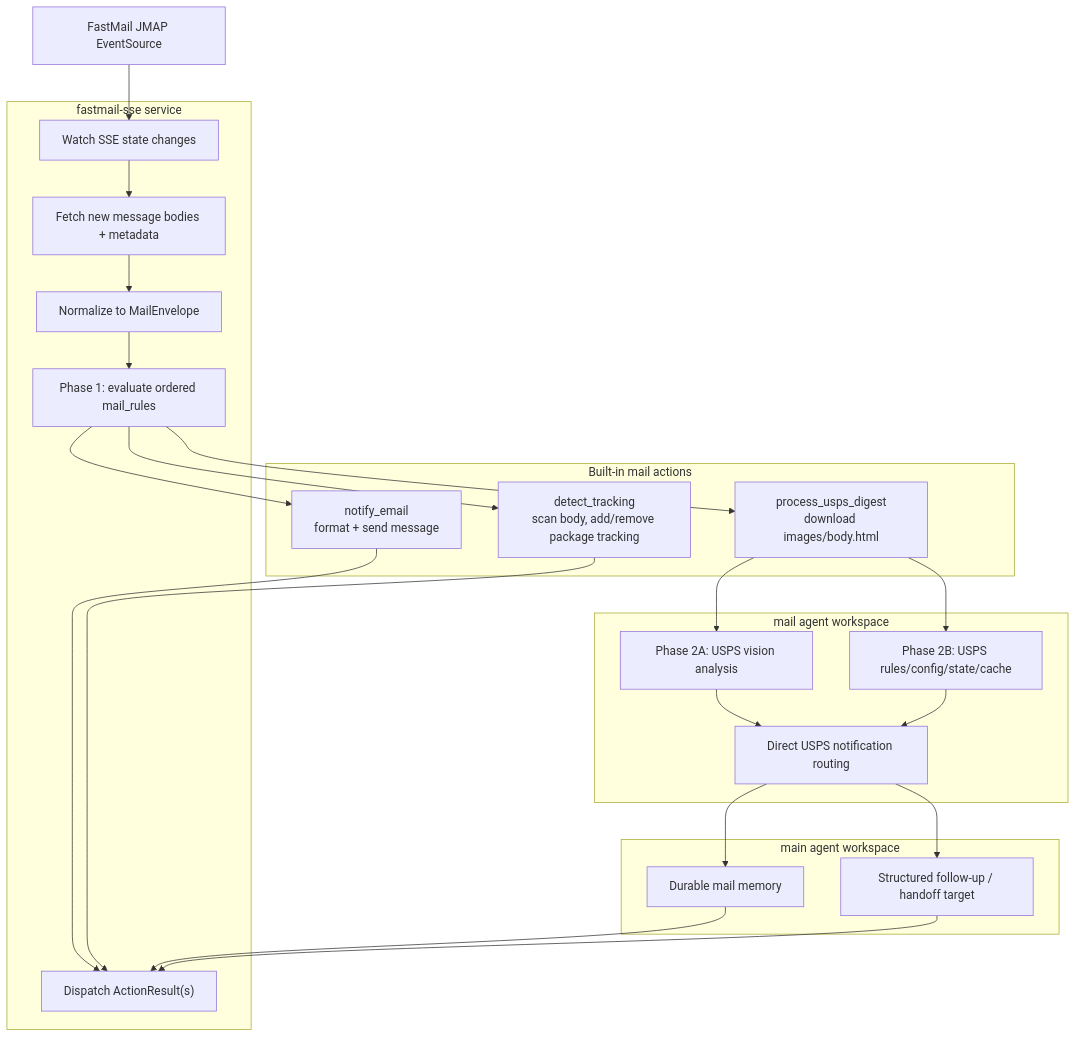
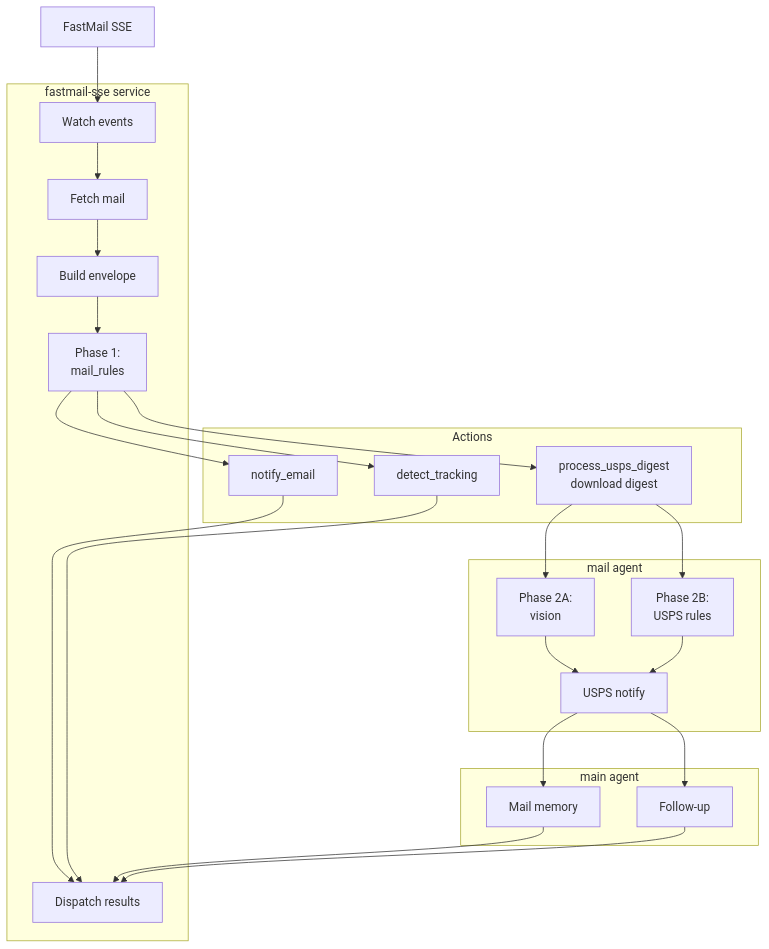
Before and after one commit to JeffSteinbok/octo-docs: the diagram in docs/services/fastmail-sse.md, drawn with Mermaid. The commit also changed 1 other file, not shown here.

Commit message:
Update generated documentation

````diff
--- a/docs/services/fastmail-sse.md
+++ b/docs/services/fastmail-sse.md
@@ -26,47 +26,47 @@
 ```mermaid
 flowchart TD
-    fm["FastMail JMAP EventSource"]
+    fm["FastMail SSE"]
 
     subgraph sse["fastmail-sse service"]
-        stream["Watch SSE state changes"]
-        fetch["Fetch new message bodies + metadata"]
-        env["Normalize to MailEnvelope"]
-        match["Phase 1: evaluate ordered mail_rules"]
-        dispatch["Dispatch ActionResult(s)"]
+        stream["Watch events"]
+        fetch["Fetch mail"]
+        env["Build envelope"]
+        match["Phase 1:<br/>mail_rules"]
+        dispatch["Dispatch results"]
     end
 
-    subgraph actions["Built-in mail actions"]
-        notify["notify_email<br/>format + send message"]
-        track["detect_tracking<br/>scan body, add/remove package tracking"]
-        usps["process_usps_digest<br/>download images/body.html"]
+    subgraph actions["Actions"]
+        notify["notify_email"]
+        track["detect_tracking"]
+        usps["process_usps_digest<br/>download digest"]
     end
 
-    subgraph mailagent["mail agent workspace"]
-        vision["Phase 2A: USPS vision analysis"]
-        rules["Phase 2B: USPS rules/config/state/cache"]
-        uspsnotify["Direct USPS notification routing"]
+    subgraph mailagent["mail agent"]
+        vision["Phase 2A:<br/>vision"]
+        rules["Phase 2B:<br/>USPS rules"]
+        uspsnotify["USPS notify"]
     end
 
-    subgraph mainagent["main agent workspace"]
-        memory["Durable mail memory"]
-        followup["Structured follow-up / handoff target"]
+    subgraph mainagent["main agent"]
+        memory["Mail memory"]
+        followup["Follow-up"]
     end
 
     fm --> stream --> fetch --> env --> match
     match --> notify
     match --> track
     match --> usps
 
     notify --> dispatch
     track --> dispatch
 
     usps --> vision
     usps --> rules
     vision --> uspsnotify
     rules --> uspsnotify
     uspsnotify --> memory
     uspsnotify --> followup
 
     memory --> dispatch
     followup --> dispatch
 ```
````
